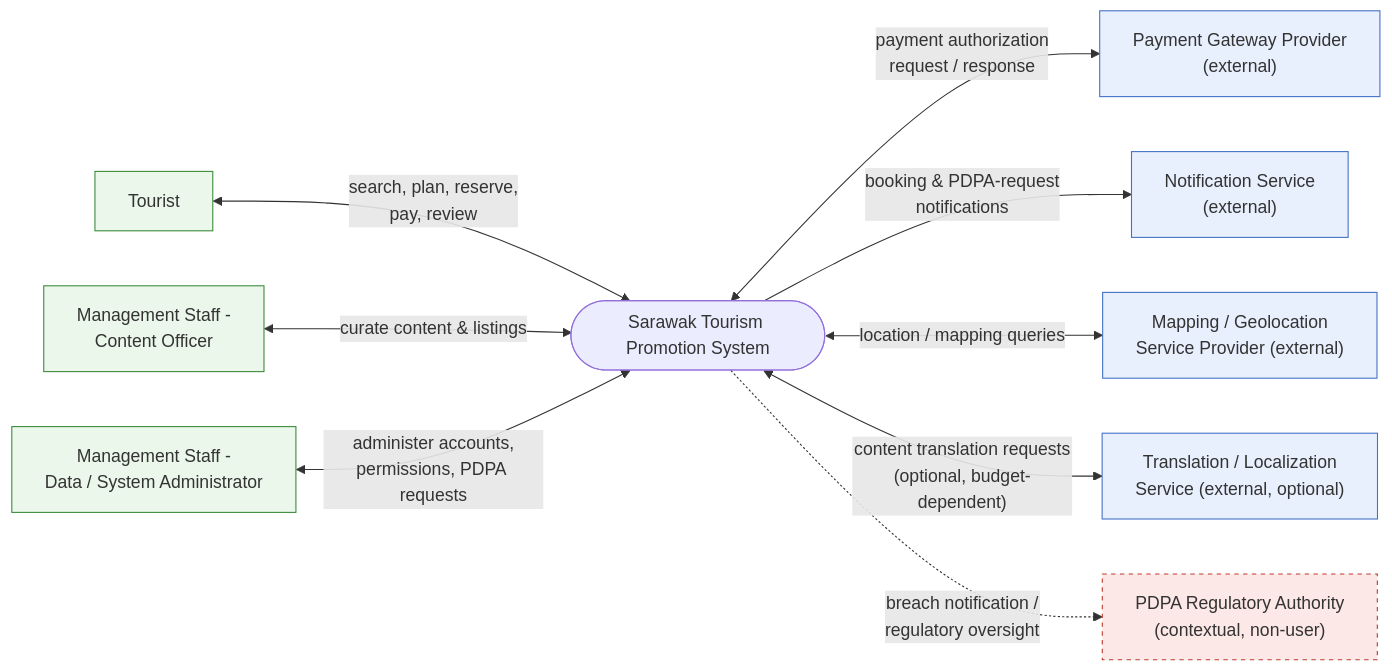
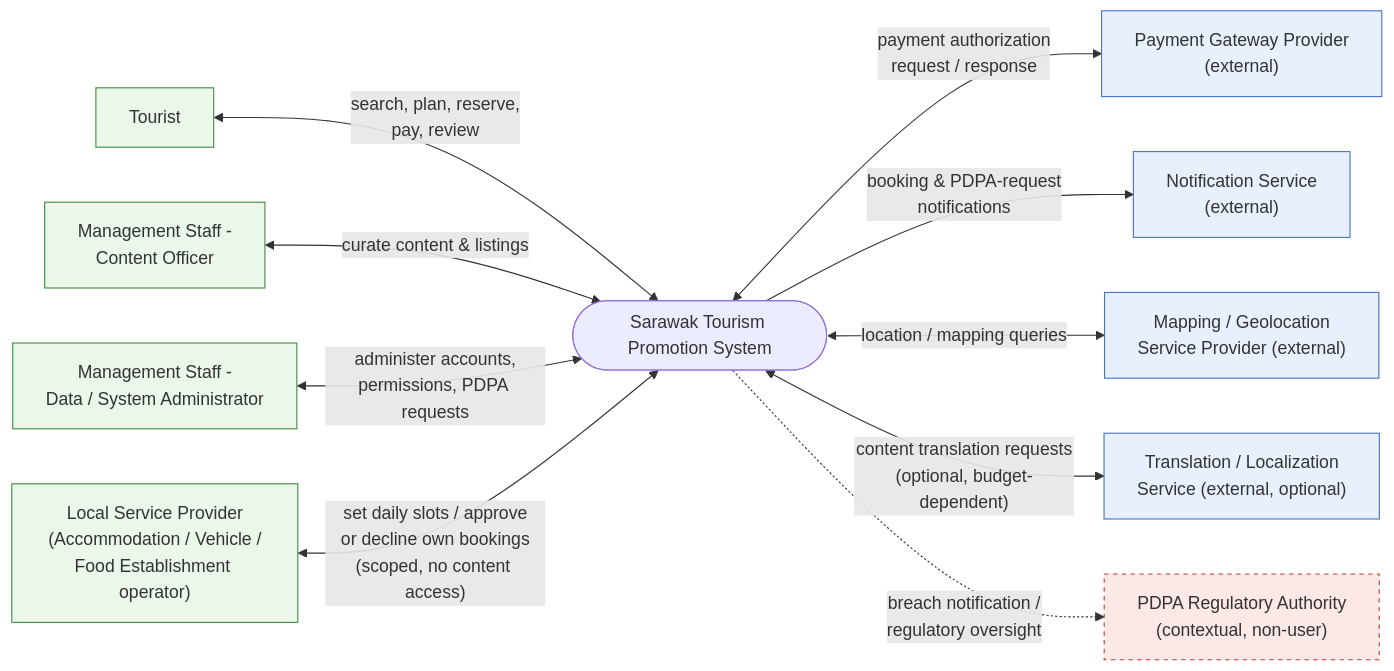
The first of 2 diagrams in FINAL_SRS.md (jarren18/SWE30003), drawn with Mermaid before and after one commit. The commit also changed other lines of this file, not shown here.

````diff
--- a/FINAL_SRS.md
+++ b/FINAL_SRS.md
@@ -213,29 +215,31 @@
 ```mermaid
 flowchart LR
     STPS(["Sarawak Tourism Promotion System"])
 
     Tourist["Tourist"]
     ContentOfficer["Management Staff -\nContent Officer"]
     SysAdmin["Management Staff -\nData / System Administrator"]
+    LocalProvider["Local Service Provider\n(Accommodation / Vehicle /\nFood Establishment operator)"]
     Payment["Payment Gateway Provider\n(external)"]
     Notify["Notification Service\n(external)"]
     Mapping["Mapping / Geolocation\nService Provider (external)"]
     Translate["Translation / Localization\nService (external, optional)"]
     Regulator["PDPA Regulatory Authority\n(contextual, non-user)"]
 
     Tourist <-->|"search, plan, reserve,\npay, review"| STPS
     ContentOfficer <-->|"curate content & listings"| STPS
     SysAdmin <-->|"administer accounts,\npermissions, PDPA requests"| STPS
+    LocalProvider <-->|"set daily slots / approve\nor decline own bookings\n(scoped, no content access)"| STPS
     STPS <-->|"payment authorization\nrequest / response"| Payment
     STPS -->|"booking & PDPA-request\nnotifications"| Notify
     STPS <-->|"location / mapping queries"| Mapping
     STPS <-->|"content translation requests\n(optional, budget-dependent)"| Translate
     STPS -.->|"breach notification /\nregulatory oversight"| Regulator
 
     classDef ext fill:#E8F0FE,stroke:#4472C4;
     classDef reg fill:#FCE8E6,stroke:#C0392B,stroke-dasharray: 4 4;
     classDef people fill:#EAF7EA,stroke:#3C8C3C;
     class Payment,Notify,Mapping,Translate ext;
     class Regulator reg;
-    class Tourist,ContentOfficer,SysAdmin people;
+    class Tourist,ContentOfficer,SysAdmin,LocalProvider people;
 ```
````
